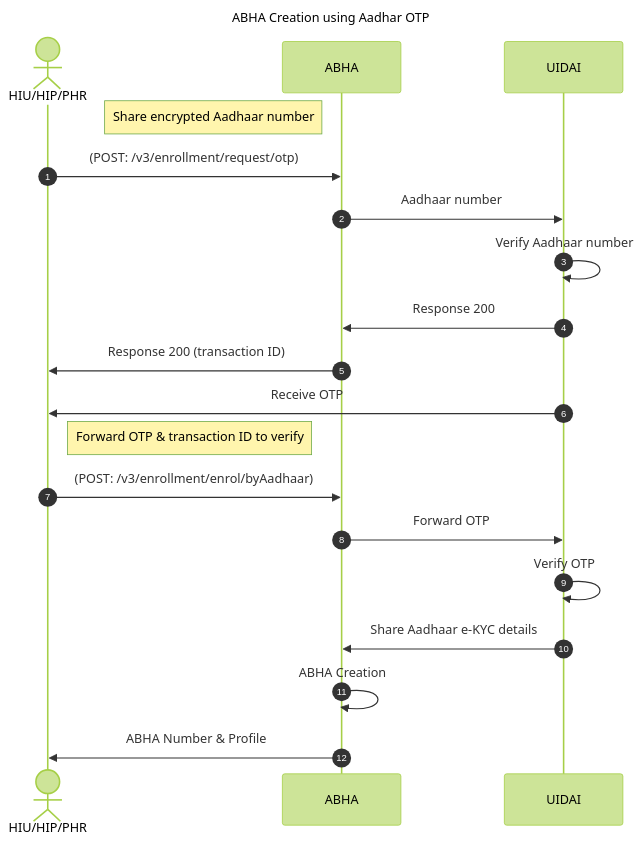
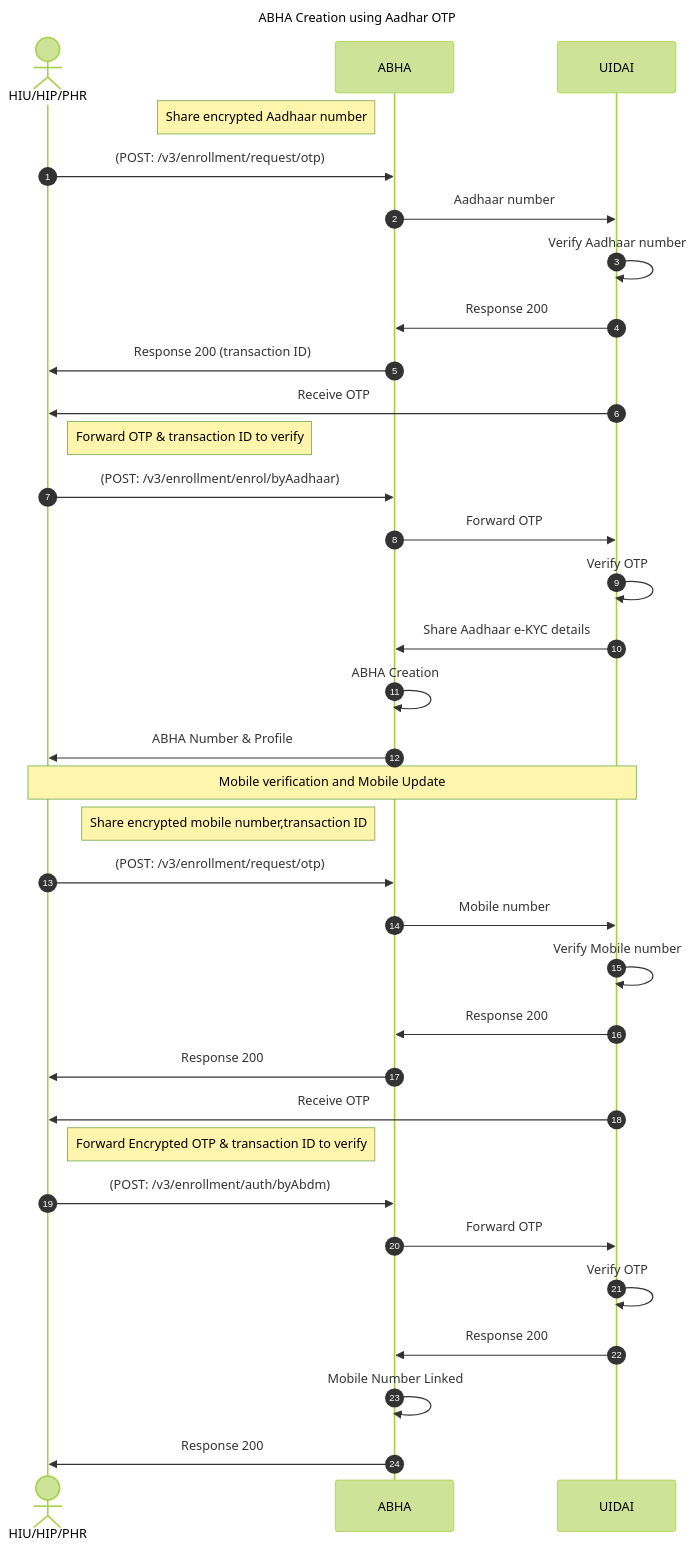
Before and after one commit to kiranma72/abdm-docs: the diagram in content/2-milestone1/abha-number/aadhar-otp.md, drawn with Mermaid (forest theme).

Commit message:
modified sequence diagram for aadhar-otp

```diff
--- a/content/2-milestone1/abha-number/aadhar-otp.md
+++ b/content/2-milestone1/abha-number/aadhar-otp.md
@@ -53,20 +53,35 @@
 {{< mermaid >}}
 %%{init:{"fontSize": "1.0rem", "sequence":{"showSequenceNumbers":true}}}%%
 sequenceDiagram
 title ABHA Creation using Aadhar OTP
 actor HIU/HIP/PHR
 Note left of ABHA: Share encrypted Aadhaar number
 HIU/HIP/PHR->>ABHA: (POST: /v3/enrollment/request/otp)
 ABHA->>UIDAI: Aadhaar number
 UIDAI->>UIDAI:Verify Aadhaar number
 UIDAI->>ABHA: Response 200
 ABHA->>HIU/HIP/PHR: Response 200 (transaction ID)
 UIDAI->>HIU/HIP/PHR:Receive OTP
 Note right of HIU/HIP/PHR: Forward OTP & transaction ID to verify
 HIU/HIP/PHR->>ABHA: (POST: /v3/enrollment/enrol/byAadhaar)
 ABHA->>UIDAI: Forward OTP
 UIDAI->>UIDAI: Verify OTP
 UIDAI->>ABHA: Share Aadhaar e-KYC details
 ABHA->>ABHA: ABHA Creation
 ABHA->>HIU/HIP/PHR: ABHA Number & Profile
+Note over HIU/HIP/PHR,UIDAI: Mobile verification and Mobile Update
+Note left of ABHA: Share encrypted mobile number,transaction ID
+HIU/HIP/PHR->>ABHA: (POST: /v3/enrollment/request/otp)
+ABHA->>UIDAI: Mobile number
+UIDAI->>UIDAI:Verify Mobile number
+UIDAI->>ABHA: Response 200
+ABHA->>HIU/HIP/PHR: Response 200 
+UIDAI->>HIU/HIP/PHR:Receive OTP
+Note right of HIU/HIP/PHR: Forward Encrypted OTP & transaction ID to verify
+HIU/HIP/PHR->>ABHA: (POST: /v3/enrollment/auth/byAbdm)
+ABHA->>UIDAI: Forward OTP
+UIDAI->>UIDAI: Verify OTP
+UIDAI->>ABHA: Response 200
+ABHA->>ABHA: Mobile Number Linked
+ABHA->>HIU/HIP/PHR: Response 200
 {{< /mermaid >}}
```
